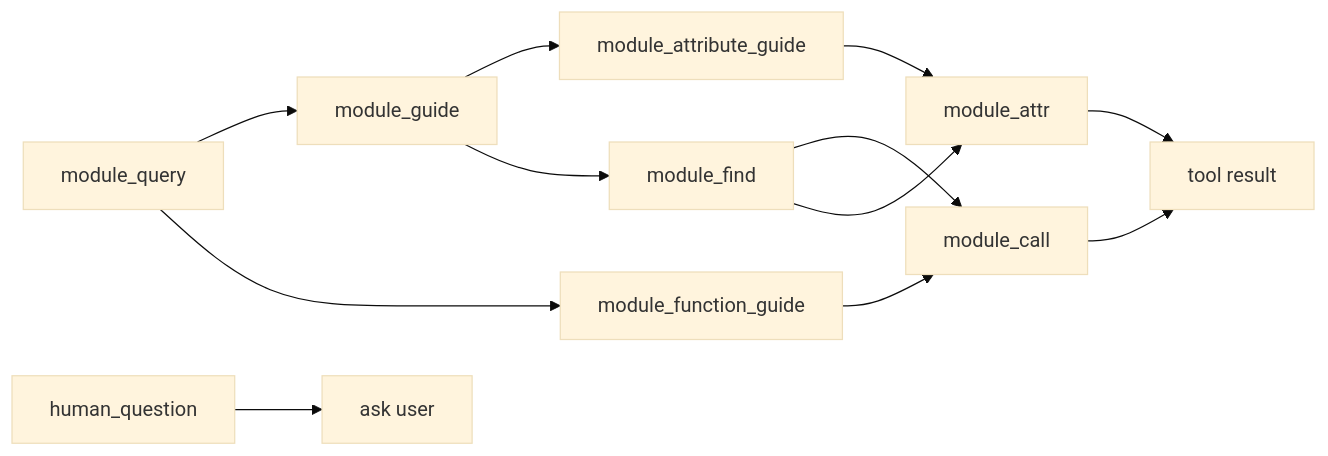
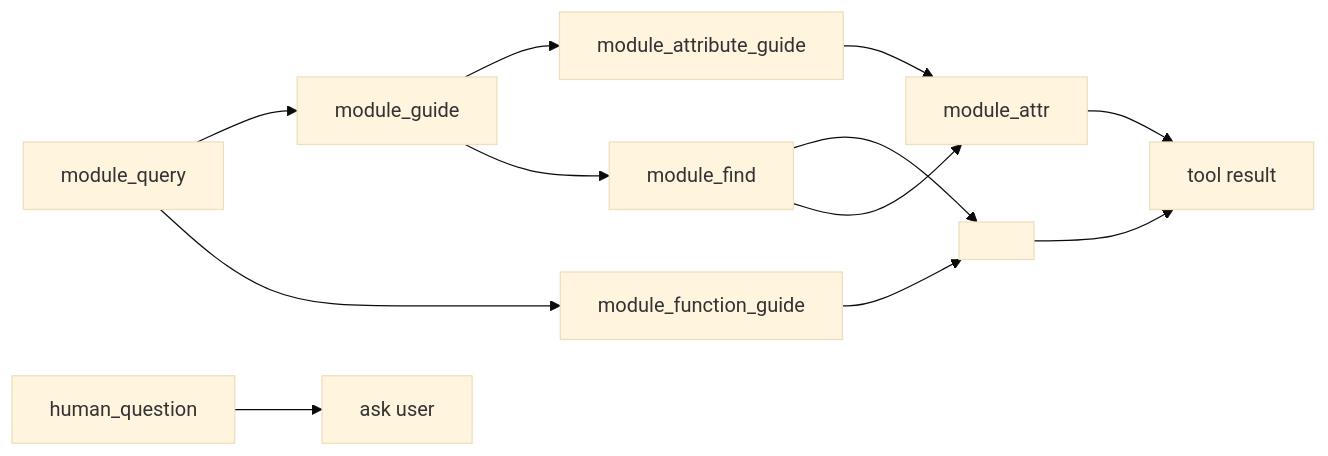
Before and after one commit to LMSpark/spark-view-vue: the second of 5 diagrams in docs/ai/spark-ai-complete-guide.md, drawn with Mermaid (base theme). The commit also changed other lines of this file and 244 other files, not shown here.

````diff
--- a/docs/ai/spark-ai-complete-guide.md
+++ b/docs/ai/spark-ai-complete-guide.md
@@ -419,14 +420,14 @@
 ```mermaid
 flowchart LR
   Q["module_query"] --> G["module_guide"]
   G --> AG["module_attribute_guide"]
   Q --> FG["module_function_guide"]
   G --> F["module_find"]
-  FG --> C["module_call"]
-  F --> C["module_call"]
+  FG --> C["<functionName>"]
+  F --> C["<functionName>"]
   AG --> A["module_attr"]
   F --> A["module_attr"]
   C --> R["tool result"]
   A --> R
   H["human_question"] --> U["ask user"]
 ```
````
